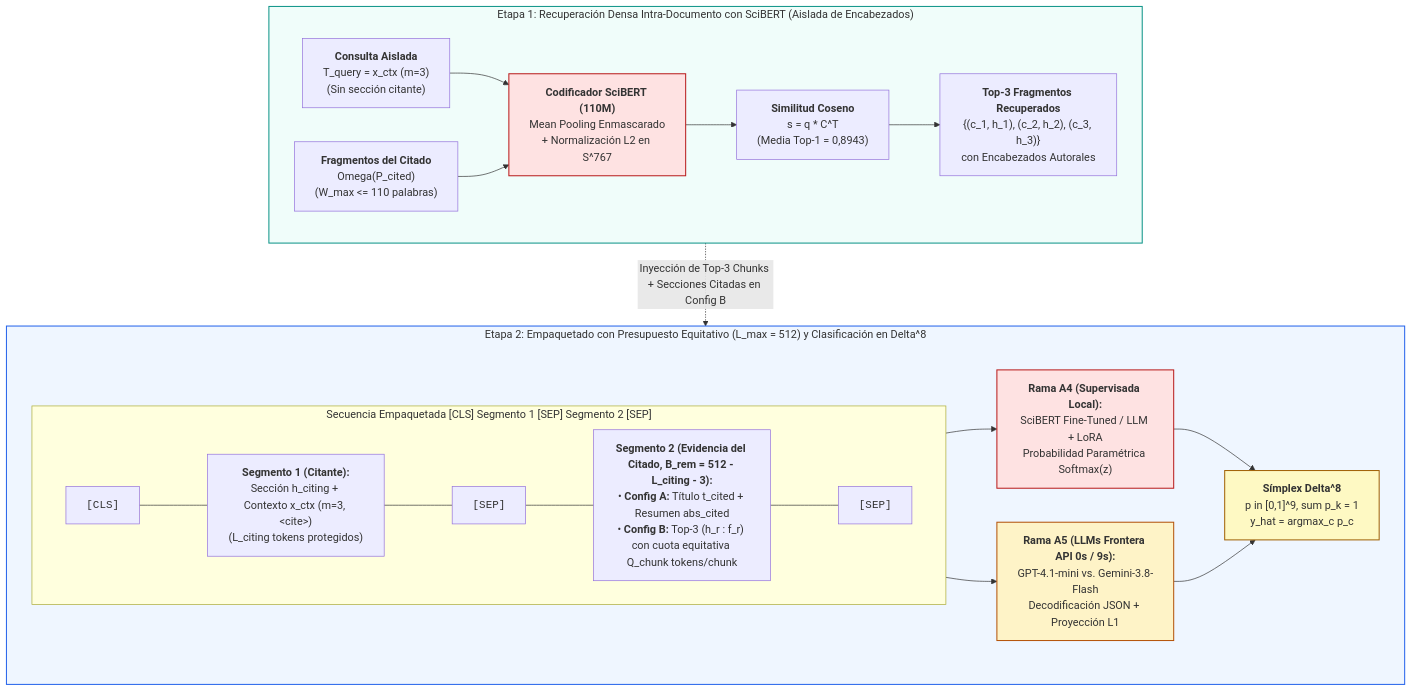
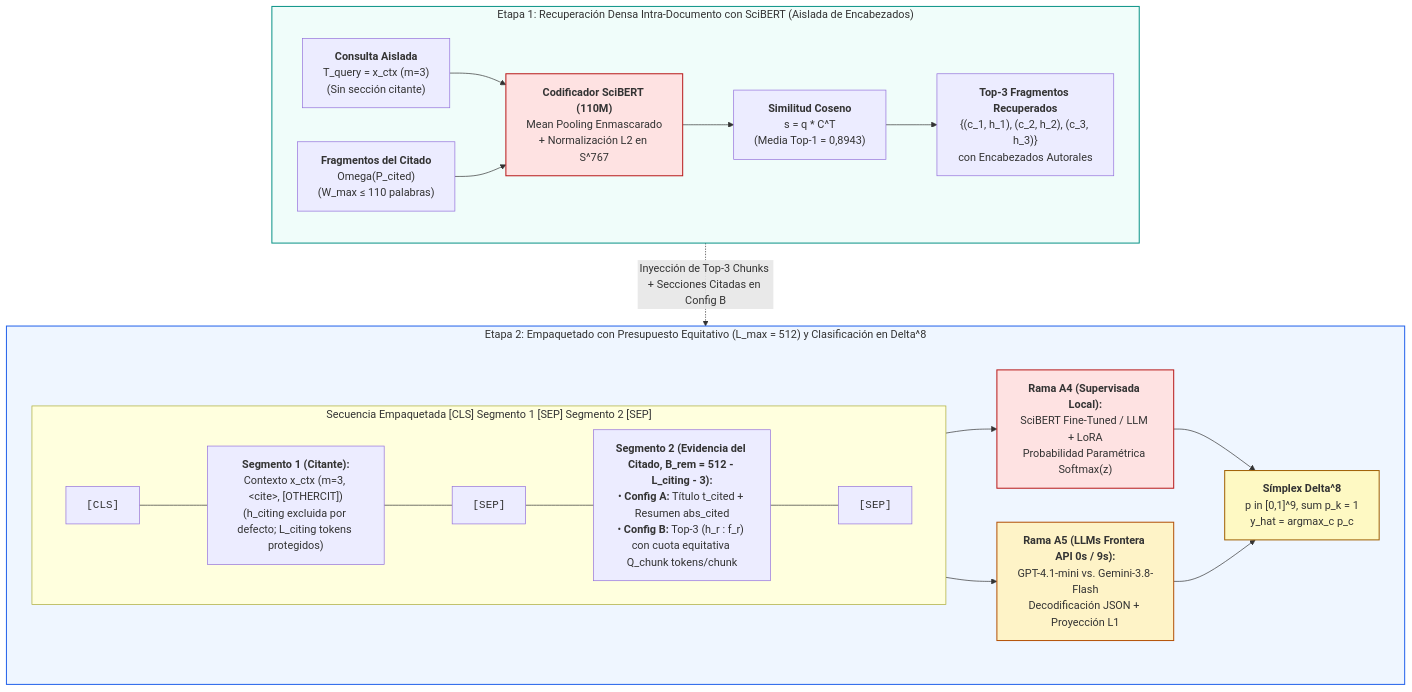
One commit to d-leandro/EvidenCite changed the third of 6 diagrams in especificacion_diagramas_drawio.md. Above: the diagram before and after it, drawn with Mermaid. The commit also changed other lines of this file and 8 other files, not shown here.

Commit message:
docs(paper): refine IEEE manuscript, regenerate publication figures, and polish TikZ diagrams

````diff
--- a/especificacion_diagramas_drawio.md
+++ b/especificacion_diagramas_drawio.md
@@ -151,43 +151,43 @@
 ```mermaid
 flowchart TB
     subgraph Stage1["Etapa 1: Recuperación Densa Intra-Documento con SciBERT (Aislada de Encabezados)"]
         direction LR
         Q["<b>Consulta Aislada</b><br/>T_query = x_ctx (m=3)<br/>(Sin sección citante)"]
-        C["<b>Fragmentos del Citado</b><br/>Omega(P_cited)<br/>(W_max <= 110 palabras)"]
+        C["<b>Fragmentos del Citado</b><br/>Omega(P_cited)<br/>(W_max ≤ 110 palabras)"]
         SB1["<b>Codificador SciBERT (110M)</b><br/>Mean Pooling Enmascarado<br/>+ Normalización L2 en S^767"]
         SIM["<b>Similitud Coseno</b><br/>s = q * C^T<br/>(Media Top-1 = 0,8943)"]
         TOP3["<b>Top-3 Fragmentos Recuperados</b><br/>{(c_1, h_1), (c_2, h_2), (c_3, h_3)}<br/>con Encabezados Autorales"]
         Q --> SB1
         C --> SB1
         SB1 --> SIM --> TOP3
     end
 
     subgraph Stage2["Etapa 2: Empaquetado con Presupuesto Equitativo (L_max = 512) y Clasificación en Delta^8"]
         direction LR
         subgraph Packing["Secuencia Empaquetada [CLS] Segmento 1 [SEP] Segmento 2 [SEP]"]
             direction LR
             T_CLS["<code>[CLS]</code>"]
-            T_S1["<b>Segmento 1 (Citante):</b><br/>Sección h_citing + Contexto x_ctx (m=3, &lt;cite&gt;)<br/>(L_citing tokens protegidos)"]
+            T_S1["<b>Segmento 1 (Citante):</b><br/>Contexto x_ctx (m=3, &lt;cite&gt;, [OTHERCIT])<br/>(h_citing excluida por defecto; L_citing tokens protegidos)"]
             T_SEP1["<code>[SEP]</code>"]
             T_S2["<b>Segmento 2 (Evidencia del Citado, B_rem = 512 - L_citing - 3):</b><br/>• <b>Config A:</b> Título t_cited + Resumen abs_cited<br/>• <b>Config B:</b> Top-3 (h_r : f_r) con cuota equitativa Q_chunk tokens/chunk"]
             T_SEP2["<code>[SEP]</code>"]
             T_CLS --- T_S1 --- T_SEP1 --- T_S2 --- T_SEP2
         end
 
         A4["<b>Rama A4 (Supervisada Local):</b><br/>SciBERT Fine-Tuned / LLM + LoRA<br/>Probabilidad Paramétrica Softmax(z)"]
         A5["<b>Rama A5 (LLMs Frontera API 0s / 9s):</b><br/>GPT-4.1-mini vs. Gemini-3.8-Flash<br/>Decodificación JSON + Proyección L1"]
         OUT["<b>Símplex Delta^8</b><br/>p in [0,1]^9, sum p_k = 1<br/>y_hat = argmax_c p_c"]
 
         T_SEP2 --> A4 --> OUT
         T_SEP2 --> A5 --> OUT
     end
 
     TOP3 -. "Inyección de Top-3 Chunks + Secciones Citadas en Config B" .-> T_S2
 
     style Stage1 fill:#F0FDFA,stroke:#0D9488,stroke-width:1.5px
     style Stage2 fill:#EFF6FF,stroke:#2563EB,stroke-width:1.5px
     style SB1 fill:#FEE2E2,stroke:#B91C1C,stroke-width:1.5px
     style A4 fill:#FEE2E2,stroke:#B91C1C,stroke-width:1.5px
     style A5 fill:#FEF3C7,stroke:#B45309,stroke-width:1.5px
     style OUT fill:#FEF9C3,stroke:#A16207,stroke-width:1.5px
 ```
````
